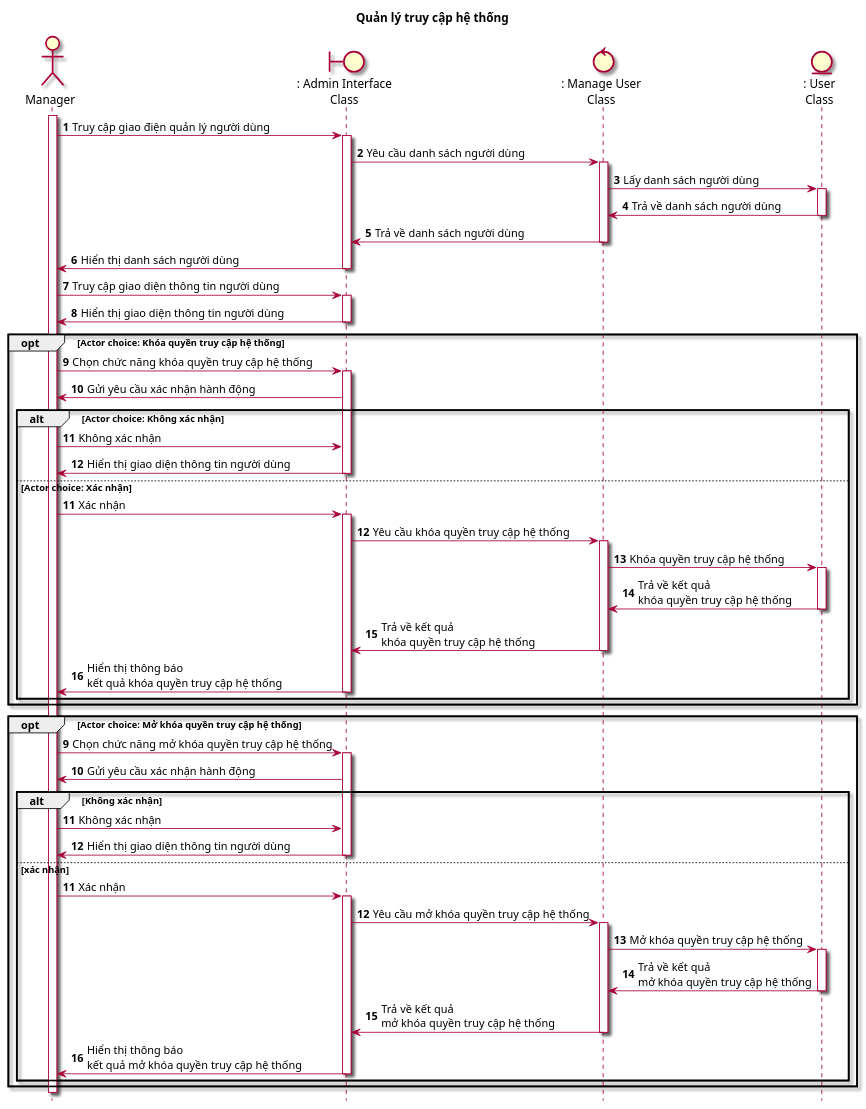
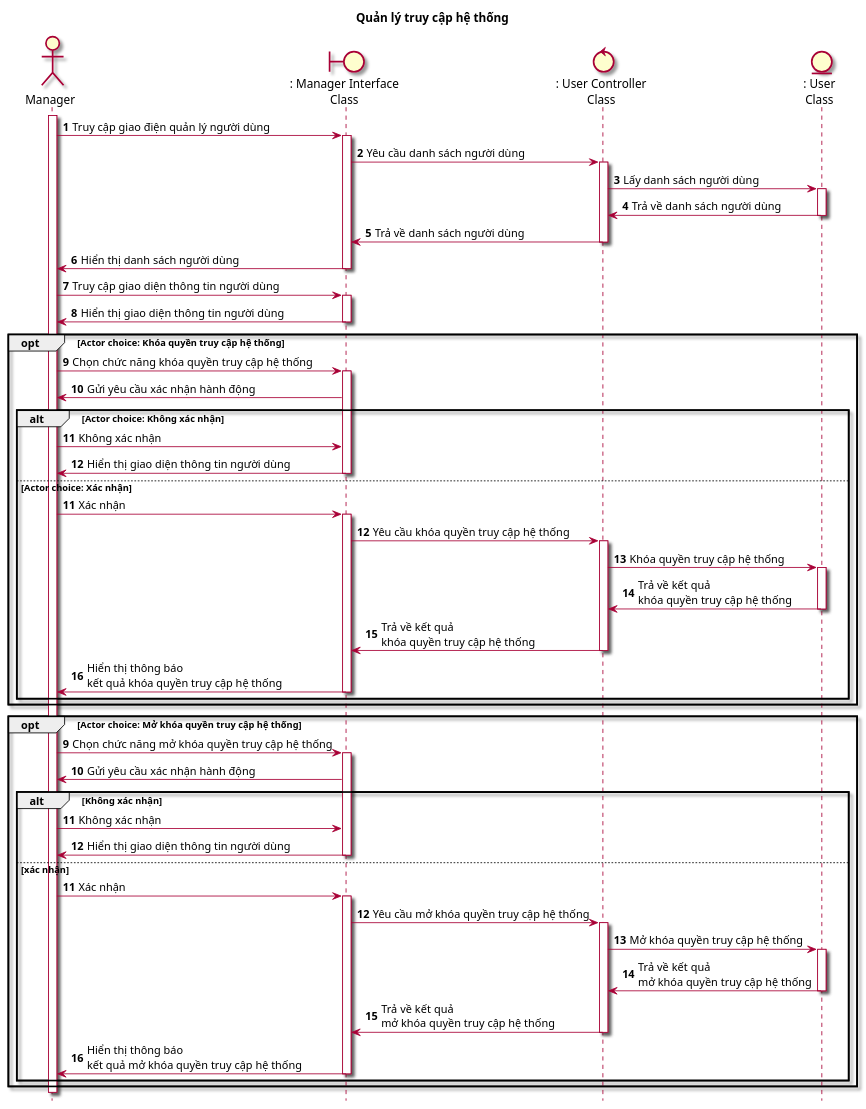
The diagram in Lab1/Lab 1.2 Diagram/Sequence/FilePUML/16. SeqQuanLyTruyCapHeThong.puml (Griselda4774/EAS-EmploymentAssistanceSystem), drawn with PlantUML before and after one commit. The commit also changed 14 other files, not shown here.

```diff
--- a/Lab1/Lab 1.2 Diagram/Sequence/FilePUML/16. SeqQuanLyTruyCapHeThong.puml
+++ b/Lab1/Lab 1.2 Diagram/Sequence/FilePUML/16. SeqQuanLyTruyCapHeThong.puml
@@ -1,61 +1,61 @@
 @startuml SeqmanagerTruyCapHeThong
 
 skin rose
 hide footbox
 
 title Quản lý truy cập hệ thống
 
 actor "Manager" as manager
-boundary ": Admin Interface\nClass" as adminInterface
-control ": Manage User\nClass" as manageUser
+boundary ": Manager Interface\nClass" as managerInterface
+control ": User Controller\nClass" as userController
 entity ": User\nClass" as user
 
 autonumber
 manager++
-manager -> adminInterface++ : Truy cập giao điện quản lý người dùng
-adminInterface -> manageUser++ : Yêu cầu danh sách người dùng
-manageUser -> user++ : Lấy danh sách người dùng
-user -> manageUser-- : Trả về danh sách người dùng
-manageUser -> adminInterface-- : Trả về danh sách người dùng
-adminInterface -> manager-- : Hiển thị danh sách người dùng
-manager -> adminInterface++ : Truy cập giao diện thông tin người dùng
-adminInterface -> manager-- : Hiển thị giao diện thông tin người dùng
+manager -> managerInterface++ : Truy cập giao điện quản lý người dùng
+managerInterface -> userController++ : Yêu cầu danh sách người dùng
+userController -> user++ : Lấy danh sách người dùng
+user -> userController-- : Trả về danh sách người dùng
+userController -> managerInterface-- : Trả về danh sách người dùng
+managerInterface -> manager-- : Hiển thị danh sách người dùng
+manager -> managerInterface++ : Truy cập giao diện thông tin người dùng
+managerInterface -> manager-- : Hiển thị giao diện thông tin người dùng
 
 opt Actor choice: Khóa quyền truy cập hệ thống
-    manager -> adminInterface++ : Chọn chức năng khóa quyền truy cập hệ thống
-    adminInterface -> manager : Gửi yêu cầu xác nhận hành động
+    manager -> managerInterface++ : Chọn chức năng khóa quyền truy cập hệ thống
+    managerInterface -> manager : Gửi yêu cầu xác nhận hành động
     alt Actor choice: Không xác nhận
-        manager -> adminInterface : Không xác nhận
-        adminInterface -> manager-- : Hiển thị giao diện thông tin người dùng
+        manager -> managerInterface : Không xác nhận
+        managerInterface -> manager-- : Hiển thị giao diện thông tin người dùng
     else Actor choice: Xác nhận
         autonumber 11
-        manager -> adminInterface++ : Xác nhận
-        adminInterface -> manageUser++ : Yêu cầu khóa quyền truy cập hệ thống
-        manageUser -> user++ : Khóa quyền truy cập hệ thống
-        user -> manageUser-- : Trả về kết quả\nkhóa quyền truy cập hệ thống
-        manageUser -> adminInterface-- : Trả về kết quả\nkhóa quyền truy cập hệ thống
-        adminInterface -> manager-- : Hiển thị thông báo\nkết quả khóa quyền truy cập hệ thống
+        manager -> managerInterface++ : Xác nhận
+        managerInterface -> userController++ : Yêu cầu khóa quyền truy cập hệ thống
+        userController -> user++ : Khóa quyền truy cập hệ thống
+        user -> userController-- : Trả về kết quả\nkhóa quyền truy cập hệ thống
+        userController -> managerInterface-- : Trả về kết quả\nkhóa quyền truy cập hệ thống
+        managerInterface -> manager-- : Hiển thị thông báo\nkết quả khóa quyền truy cập hệ thống
     end
 end
 
 opt Actor choice: Mở khóa quyền truy cập hệ thống
     autonumber 9
-    manager -> adminInterface++ : Chọn chức năng mở khóa quyền truy cập hệ thống
-    adminInterface -> manager : Gửi yêu cầu xác nhận hành động
+    manager -> managerInterface++ : Chọn chức năng mở khóa quyền truy cập hệ thống
+    managerInterface -> manager : Gửi yêu cầu xác nhận hành động
     alt Không xác nhận
-        manager -> adminInterface : Không xác nhận
-        adminInterface -> manager-- : Hiển thị giao diện thông tin người dùng
+        manager -> managerInterface : Không xác nhận
+        managerInterface -> manager-- : Hiển thị giao diện thông tin người dùng
     else xác nhận
         autonumber 11
-        manager -> adminInterface++ : Xác nhận
-        adminInterface -> manageUser++ : Yêu cầu mở khóa quyền truy cập hệ thống
-        manageUser -> user++ : Mở khóa quyền truy cập hệ thống
-        user -> manageUser-- : Trả về kết quả\nmở khóa quyền truy cập hệ thống
-        manageUser -> adminInterface-- : Trả về kết quả\nmở khóa quyền truy cập hệ thống
-        adminInterface -> manager-- : Hiển thị thông báo\nkết quả mở khóa quyền truy cập hệ thống
+        manager -> managerInterface++ : Xác nhận
+        managerInterface -> userController++ : Yêu cầu mở khóa quyền truy cập hệ thống
+        userController -> user++ : Mở khóa quyền truy cập hệ thống
+        user -> userController-- : Trả về kết quả\nmở khóa quyền truy cập hệ thống
+        userController -> managerInterface-- : Trả về kết quả\nmở khóa quyền truy cập hệ thống
+        managerInterface -> manager-- : Hiển thị thông báo\nkết quả mở khóa quyền truy cập hệ thống
     end
 end
 
 manager--
 
 @enduml
```
